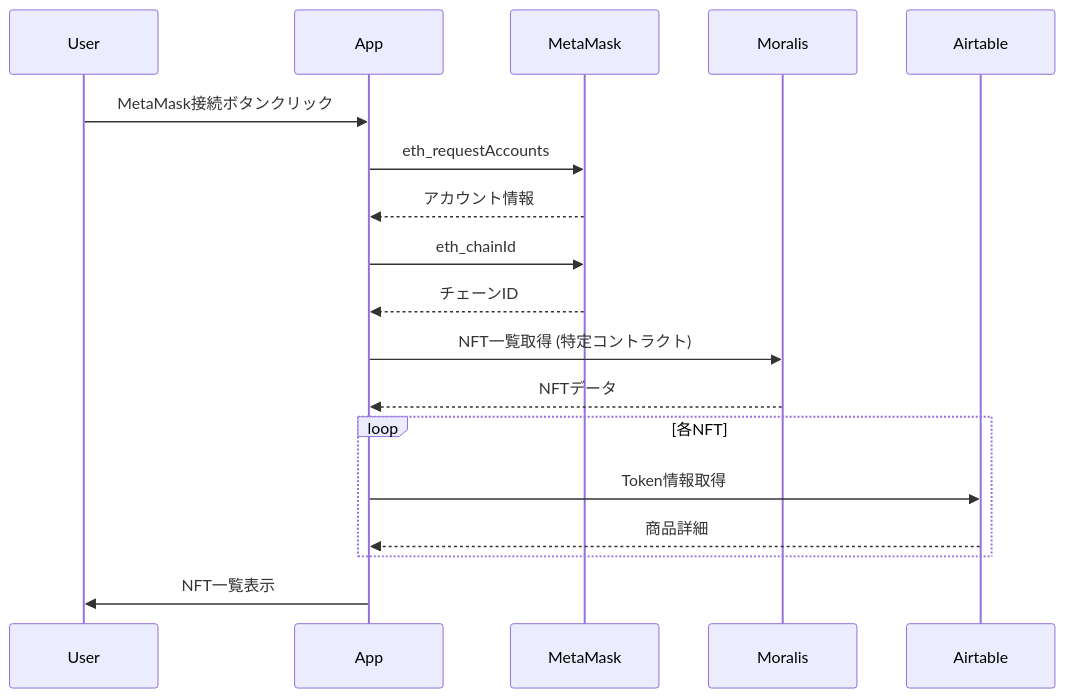
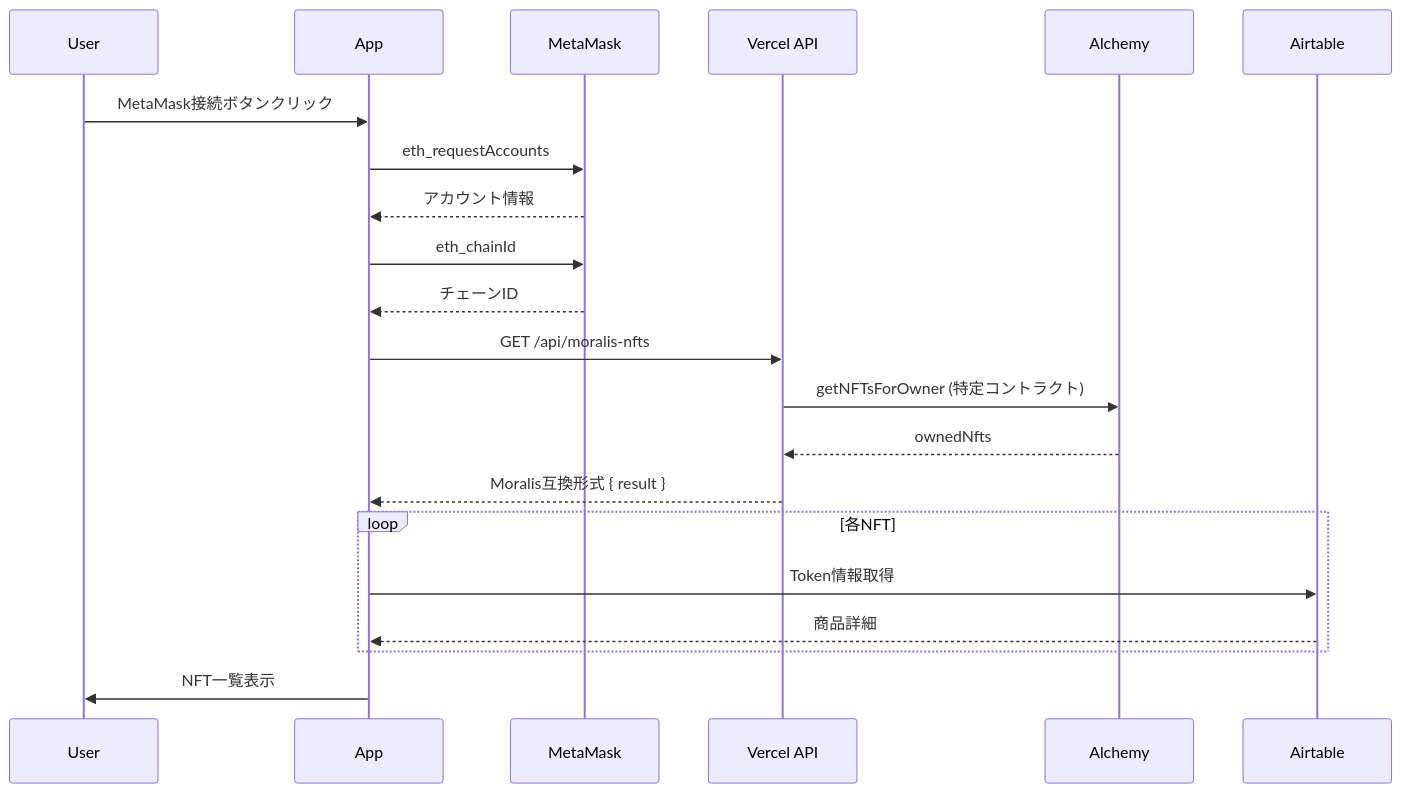
Before and after one commit to NouJouJin/MLTGwebApp2025new: the first of 2 diagrams in SPECIFICATION.md, drawn with Mermaid. The commit also changed other lines of this file and 3 other files, not shown here.

````diff
--- a/SPECIFICATION.md
+++ b/SPECIFICATION.md
@@ -349,23 +358,26 @@
 ```mermaid
 sequenceDiagram
     participant User
     participant App
     participant MetaMask
-    participant Moralis
+    participant API as Vercel API
+    participant Alchemy
     participant Airtable
 
     User->>App: MetaMask接続ボタンクリック
     App->>MetaMask: eth_requestAccounts
     MetaMask-->>App: アカウント情報
     App->>MetaMask: eth_chainId
     MetaMask-->>App: チェーンID
-    App->>Moralis: NFT一覧取得 (特定コントラクト)
-    Moralis-->>App: NFTデータ
+    App->>API: GET /api/moralis-nfts
+    API->>Alchemy: getNFTsForOwner (特定コントラクト)
+    Alchemy-->>API: ownedNfts
+    API-->>App: Moralis互換形式 { result }
 
     loop 各NFT
         App->>Airtable: Token情報取得
         Airtable-->>App: 商品詳細
     end
 
     App->>User: NFT一覧表示
 ```
````
